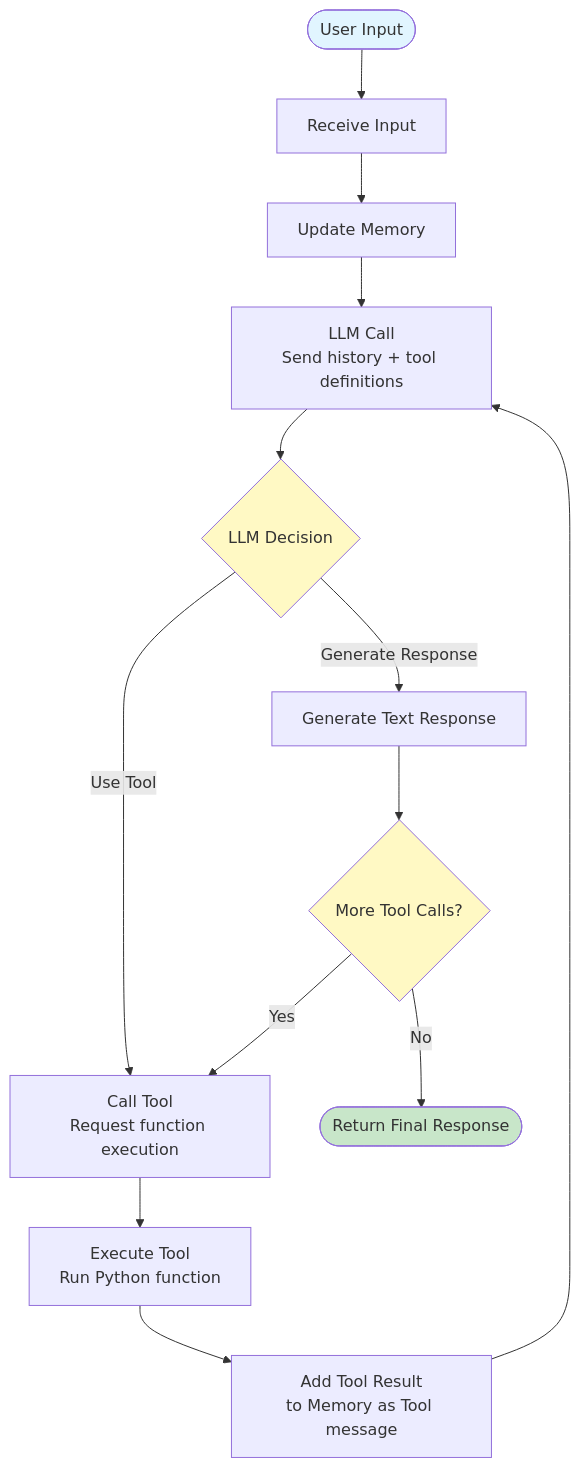
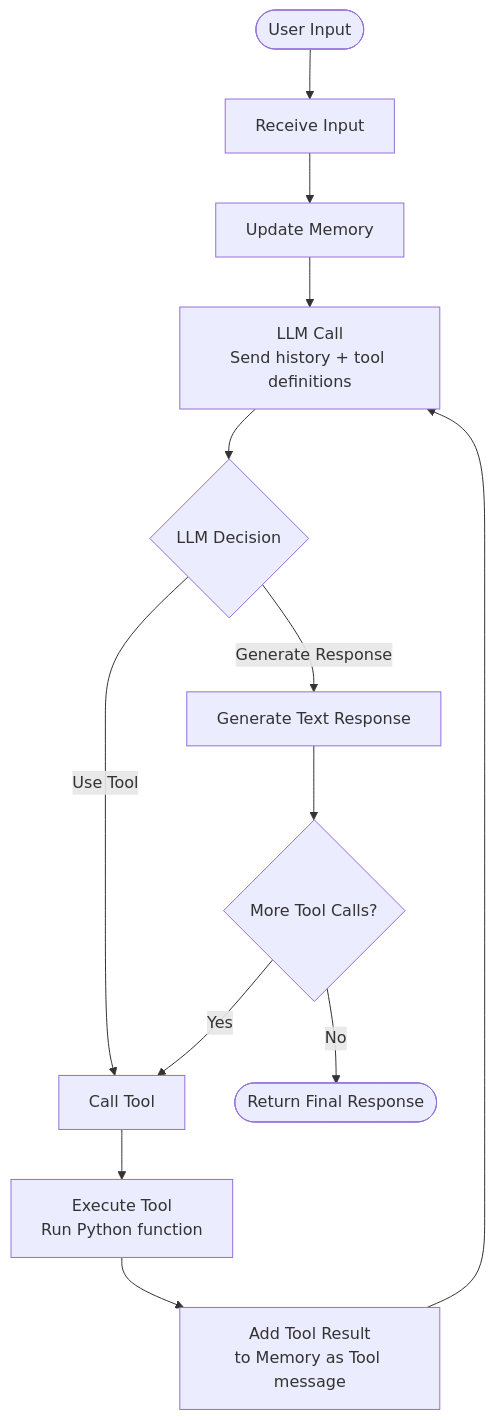
The second of 2 diagrams in docs/concepts.md (mrgehlot/iris-agent), drawn with Mermaid before and after one commit. The commit also changed other lines of this file and 123 other files, not shown here.

First line of the commit message:
Add cognitive architecture documentation and enhance project structure

````diff
--- a/docs/concepts.md
+++ b/docs/concepts.md
@@ -9,20 +175,15 @@
 ```mermaid
 flowchart TD
     Start([User Input]) --> Receive[Receive Input]
     Receive --> UpdateMemory[Update Memory]
     UpdateMemory --> LLMCall[LLM Call<br/>Send history + tool definitions]
     LLMCall --> Decision{LLM Decision}
     Decision -->|Generate Response| Respond[Generate Text Response]
-    Decision -->|Use Tool| CallTool[Call Tool<br/>Request function execution]
+    Decision -->|Use Tool| CallTool[Call Tool]
     CallTool --> Execute[Execute Tool<br/>Run Python function]
     Execute --> AddToolResult[Add Tool Result<br/>to Memory as Tool message]
     AddToolResult --> LLMCall
     Respond --> CheckToolCalls{More Tool Calls?}
     CheckToolCalls -->|Yes| CallTool
     CheckToolCalls -->|No| FinalOutput([Return Final Response])
-    
-    style Start fill:#e1f5ff
-    style FinalOutput fill:#c8e6c9
-    style Decision fill:#fff9c4
-    style CheckToolCalls fill:#fff9c4
 ```
````
